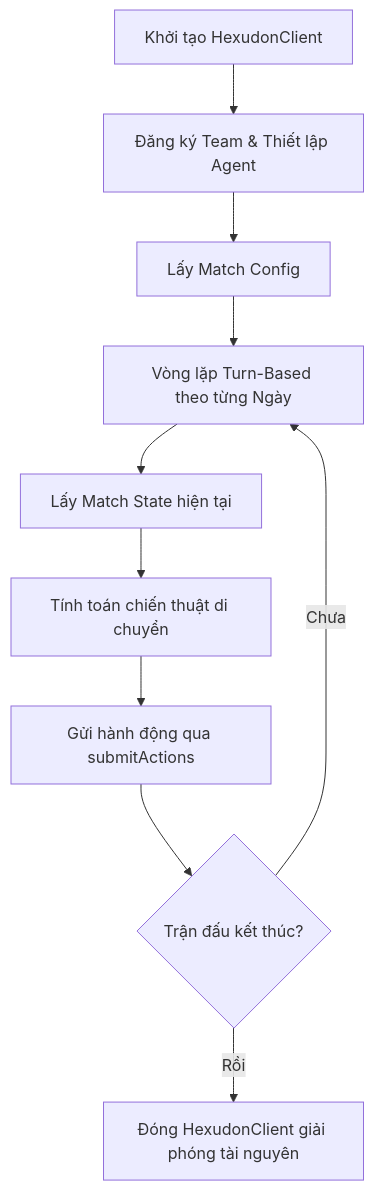
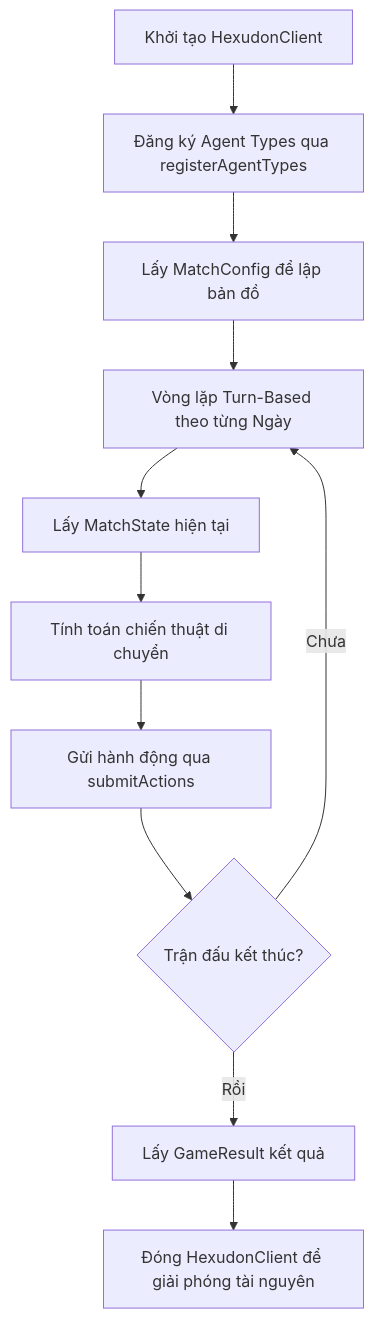
The diagram in sdk/README.md (thing-or-think/hexudon), drawn with Mermaid before and after one commit. The commit also changed other lines of this file and 4 other files, not shown here.

````diff
--- a/sdk/README.md
+++ b/sdk/README.md
@@ -159,12 +192,13 @@
 ```mermaid
 graph TD
-    A[Khởi tạo HexudonClient] --> B[Đăng ký Team & Thiết lập Agent]
-    B --> C[Lấy Match Config]
+    A[Khởi tạo HexudonClient] --> B[Đăng ký Agent Types qua registerAgentTypes]
+    B --> C[Lấy MatchConfig để lập bản đồ]
     C --> D[Vòng lặp Turn-Based theo từng Ngày]
-    D --> E[Lấy Match State hiện tại]
+    D --> E[Lấy MatchState hiện tại]
     E --> F[Tính toán chiến thuật di chuyển]
     F --> G[Gửi hành động qua submitActions]
     G --> H{Trận đấu kết thúc?}
     H -- Chưa --> D
-    H -- Rồi --> I[Đóng HexudonClient giải phóng tài nguyên]
+    H -- Rồi --> I[Lấy GameResult kết quả]
+    I --> J[Đóng HexudonClient để giải phóng tài nguyên]
 ```
````
